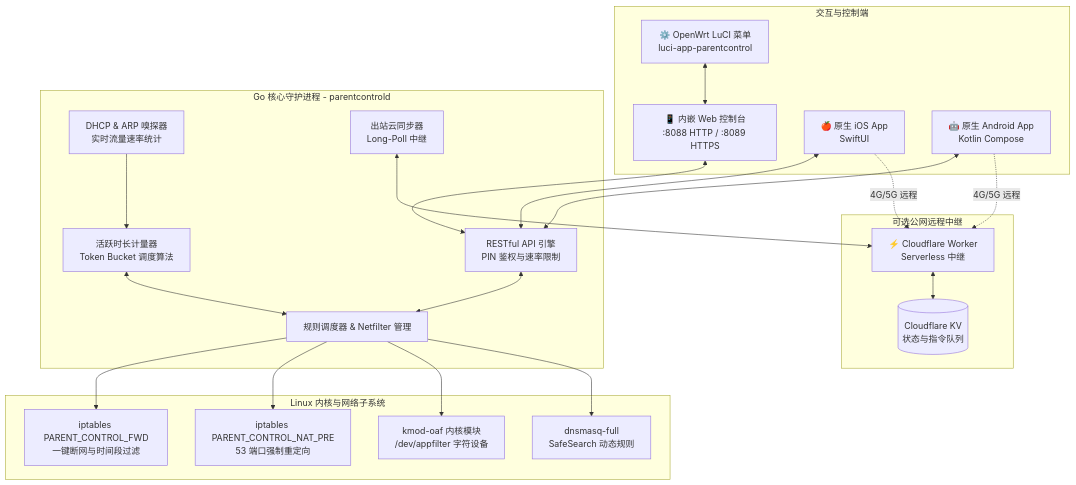
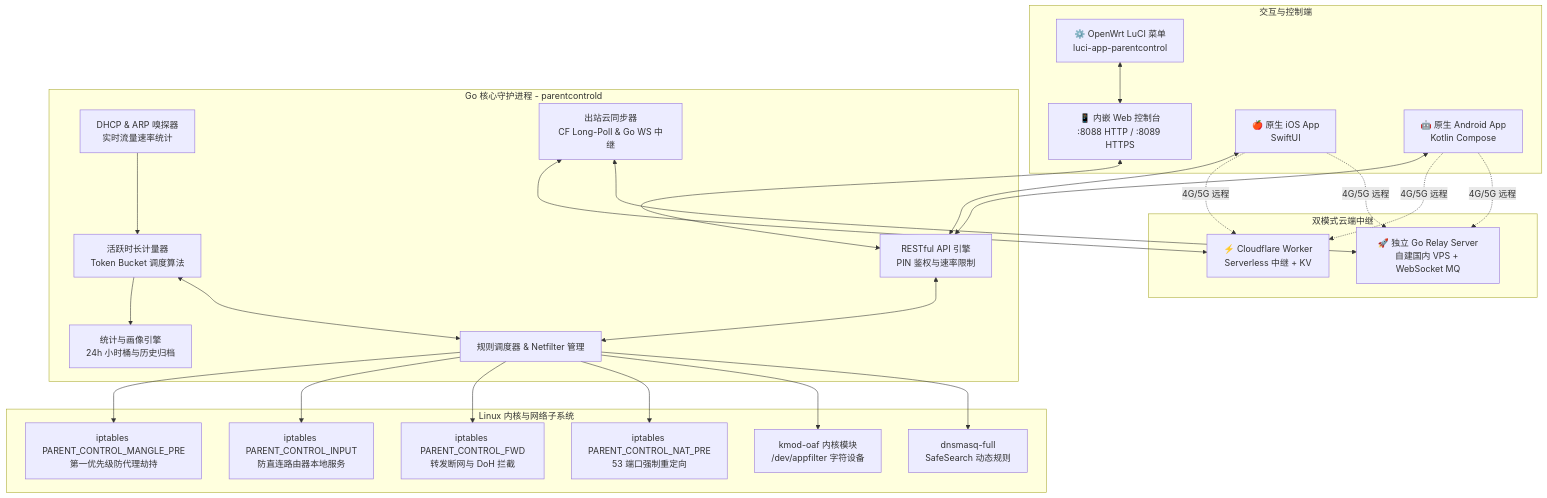
One commit to hamstudio/openwrt-parent-control changed the diagram in README_zh.md. Above: the diagram before and after it, drawn with Mermaid. The commit also changed other lines of this file and 22 other files, not shown here.

````diff
--- a/README_zh.md
+++ b/README_zh.md
@@ -70,47 +74,55 @@
 ```mermaid
 flowchart TB
     subgraph Clients [交互与控制端]
         WebUI[📱 内嵌 Web 控制台<br/>:8088 HTTP / :8089 HTTPS]
         iOSApp[🍎 原生 iOS App<br/>SwiftUI]
         AndroidApp[🤖 原生 Android App<br/>Kotlin Compose]
         LuCI[⚙️ OpenWrt LuCI 菜单<br/>luci-app-parentcontrol]
     end
 
     subgraph CoreDaemon [Go 核心守护进程 - parentcontrold]
         APIEngine[RESTful API 引擎<br/>PIN 鉴权与速率限制]
         DeviceMonitor[DHCP & ARP 嗅探器<br/>实时流量速率统计]
         QuotaEngine[活跃时长计量器<br/>Token Bucket 调度算法]
+        StatsTracker[统计与画像引擎<br/>24h 小时桶与历史归档]
         PolicyDispatcher[规则调度器 & Netfilter 管理]
-        CloudSyncer[出站云同步器<br/>Long-Poll 中继]
+        CloudSyncer[出站云同步器<br/>CF Long-Poll & Go WS 中继]
     end
 
     subgraph KernelAndOS [Linux 内核与网络子系统]
-        NetfilterFWD[iptables PARENT_CONTROL_FWD<br/>一键断网与时间段过滤]
+        NetfilterMangle[iptables PARENT_CONTROL_MANGLE_PRE<br/>第一优先级防代理劫持]
+        NetfilterInput[iptables PARENT_CONTROL_INPUT<br/>防直连路由器本地服务]
+        NetfilterFWD[iptables PARENT_CONTROL_FWD<br/>转发断网与 DoH 拦截]
         NetfilterNAT[iptables PARENT_CONTROL_NAT_PRE<br/>53 端口强制重定向]
         DPIEngine[kmod-oaf 内核模块<br/>/dev/appfilter 字符设备]
         DNSResolver[dnsmasq-full<br/>SafeSearch 动态规则]
     end
 
-    subgraph CloudLayer [可选公网远程中继]
-        CFWorker[⚡ Cloudflare Worker<br/>Serverless 中继]
-        CFKV[(Cloudflare KV<br/>状态与指令队列)]
+    subgraph CloudLayer [双模式云端中继]
+        CFWorker[⚡ Cloudflare Worker<br/>Serverless 中继 + KV]
+        GoRelay[🚀 独立 Go Relay Server<br/>自建国内 VPS + WebSocket MQ]
     end
 
     WebUI <--> APIEngine
     iOSApp <--> APIEngine
     AndroidApp <--> APIEngine
     LuCI <--> WebUI
 
     APIEngine <--> PolicyDispatcher
     DeviceMonitor --> QuotaEngine
+    QuotaEngine --> StatsTracker
     QuotaEngine <--> PolicyDispatcher
+    PolicyDispatcher --> NetfilterMangle
+    PolicyDispatcher --> NetfilterInput
     PolicyDispatcher --> NetfilterFWD
     PolicyDispatcher --> NetfilterNAT
     PolicyDispatcher --> DPIEngine
     PolicyDispatcher --> DNSResolver
 
     CloudSyncer <--> CFWorker
-    CFWorker <--> CFKV
+    CloudSyncer <--> GoRelay
     iOSApp -. 4G/5G 远程 .-> CFWorker
+    iOSApp -. 4G/5G 远程 .-> GoRelay
     AndroidApp -. 4G/5G 远程 .-> CFWorker
+    AndroidApp -. 4G/5G 远程 .-> GoRelay
 ```
````
